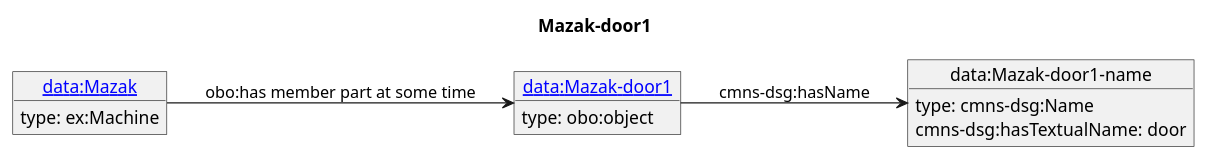
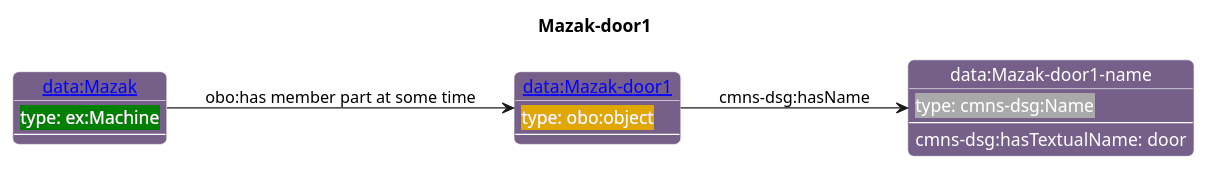
The diagram in diagrams/Mazak-door1.puml (iofoundry/example-syseng-mtconnect), drawn with PlantUML before and after one commit. The commit also changed 144 other files, not shown here.

```diff
--- a/diagrams/Mazak-door1.puml
+++ b/diagrams/Mazak-door1.puml
@@ -1,17 +1,37 @@
 @startuml
 skinparam linetype polyline
 left to right direction
 title Mazak-door1
-object "[[./Mazak-door1.html data:Mazak-door1]]" as o1 {
- type: obo:object 
+
+skinparam roundCorner 10
+
+skinparam object {
+  BackgroundColor 76608A
+  fontColor White
+  BorderColor White 
+  FontName Helvetica   
 }
-object "data:Mazak-door1-name" as o2 {
- type: cmns-dsg:Name 
+
+skinparam class{
+   BackgroundColor White
+   fontColor black
+   FontStyle bold
+   FontName Helvetica
 }
-object "[[./Mazak.html data:Mazak]]" as o3 {
- type: ex:Machine 
-}
+
+object "[[./Mazak-door1.html data:Mazak-door1]]" as o1 #76608A {
+ <back:#DFA702>type: obo:object</back> 
+---
+ }
+object "data:Mazak-door1-name" as o2 #76608A {
+ <back:#DarkGrey>type: cmns-dsg:Name</back> 
+---
+ }
+object "[[./Mazak.html data:Mazak]]" as o3 #76608A {
+ <back:#Green>type: ex:Machine</back> 
+---
+ }
 o1 --> o2 : cmns-dsg:hasName
 o2 : cmns-dsg:hasTextualName: door
 o3 --> o1 : obo:has member part at some time
 @enduml
```
